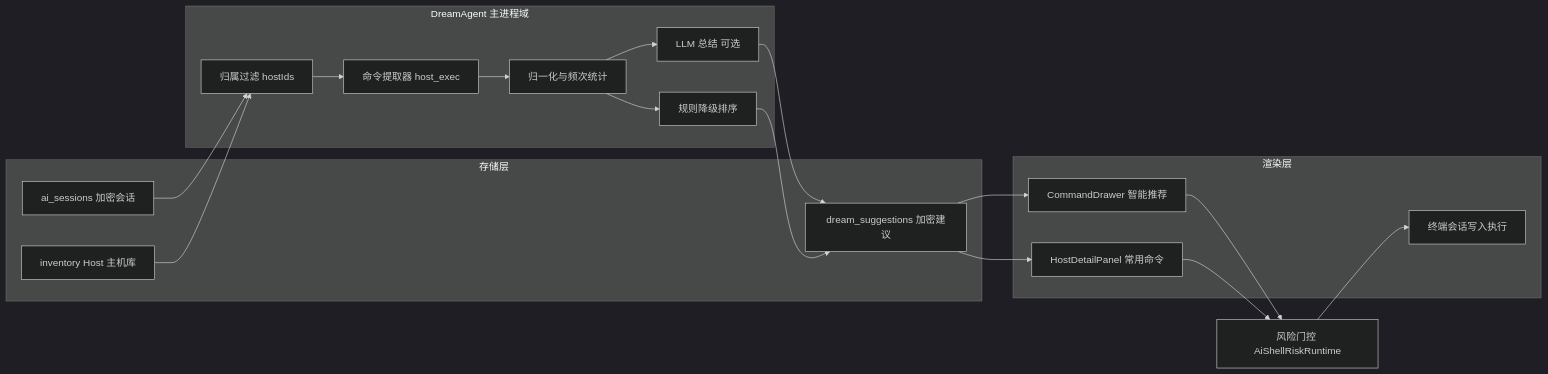
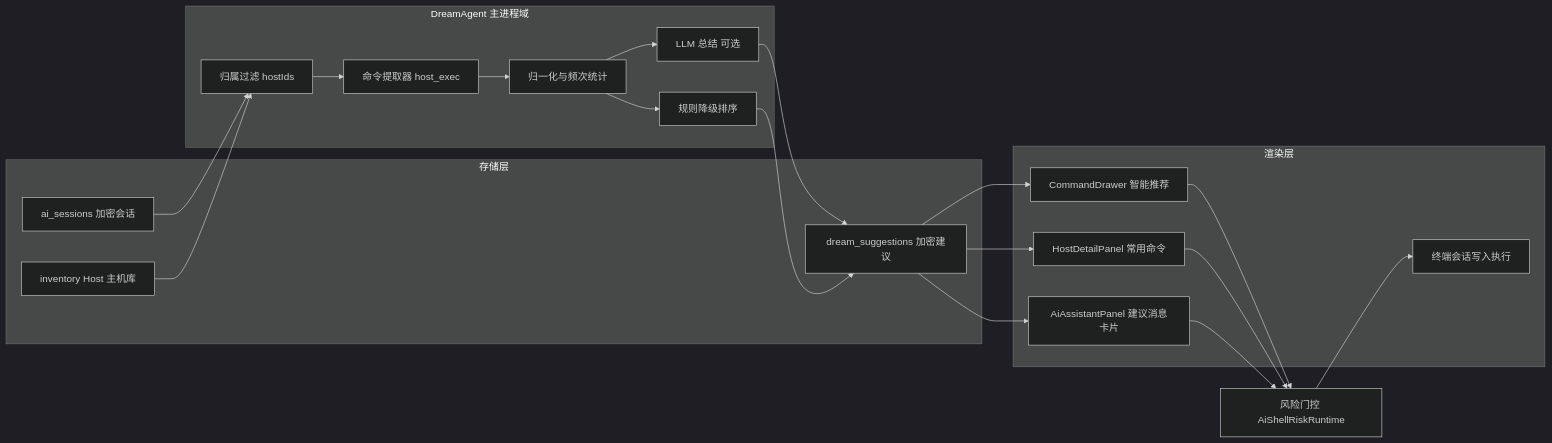
One commit to foooag/Buzz changed the first of 2 diagrams in docs/prd/2026-08-16-buzz-dream-agent.md. Above: the diagram before and after it, drawn with Mermaid (dark theme). The commit also changed other lines of this file, not shown here.

Commit message:
docs(prd): add AI assistant panel suggestion cards to buzz-dream agent PRD

````diff
--- a/docs/prd/2026-08-16-buzz-dream-agent.md
+++ b/docs/prd/2026-08-16-buzz-dream-agent.md
@@ -107,31 +111,34 @@
 ```mermaid
 flowchart LR
     subgraph 存储层
         A["ai_sessions 加密会话"]
         B["inventory Host 主机库"]
         C["dream_suggestions 加密建议"]
     end
     subgraph DreamAgent 主进程域
         D["归属过滤 hostIds"]
         E["命令提取器 host_exec"]
         F["归一化与频次统计"]
         G["LLM 总结 可选"]
         H["规则降级排序"]
     end
     I["风险门控 AiShellRiskRuntime"]
     subgraph 渲染层
         J["CommandDrawer 智能推荐"]
         K["HostDetailPanel 常用命令"]
+        M2["AiAssistantPanel 建议消息卡片"]
         L["终端会话写入执行"]
     end
 
     A --> D
     B --> D
     D --> E --> F --> G --> C
     F --> H --> C
     C --> J
     C --> K
+    C --> M2
     J --> I
     K --> I
+    M2 --> I
     I --> L
 ```
````
